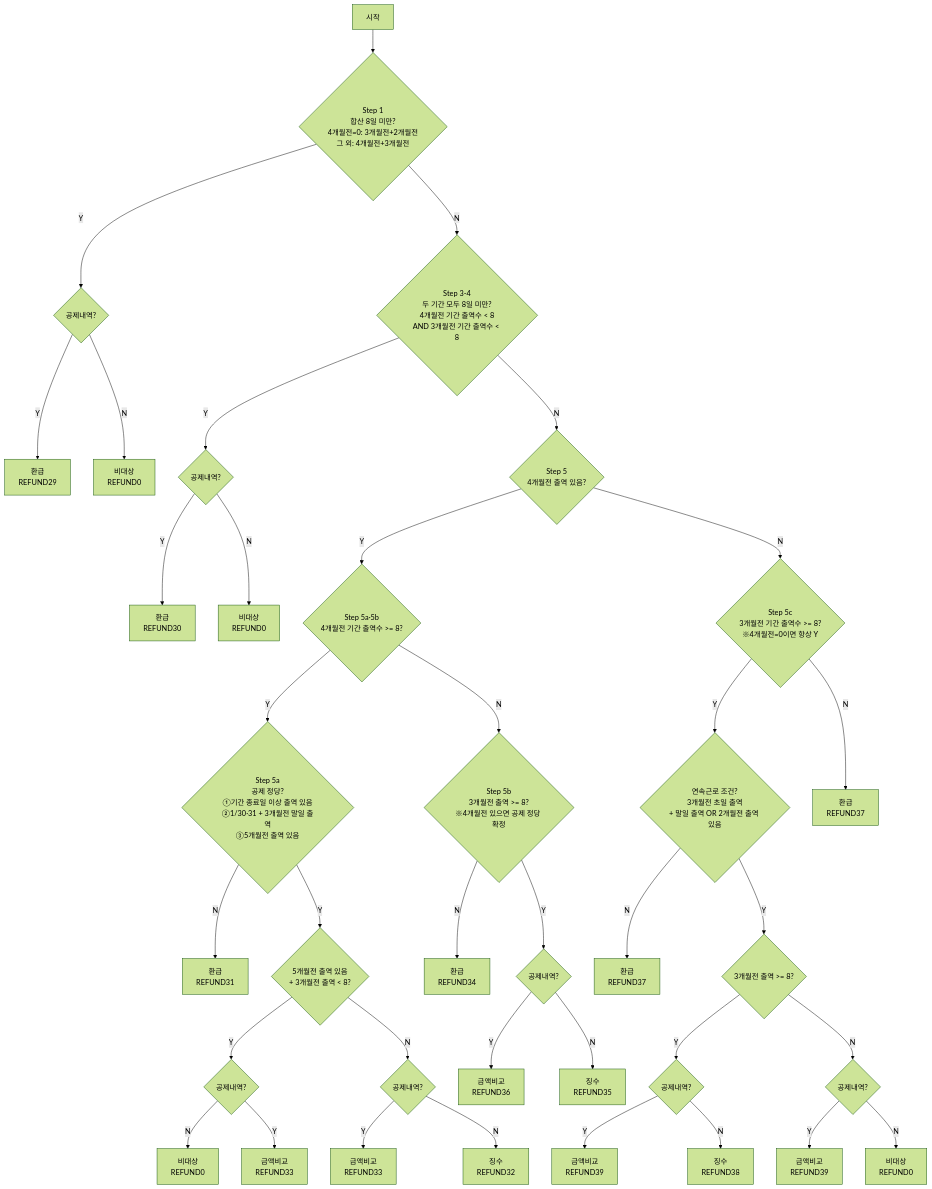
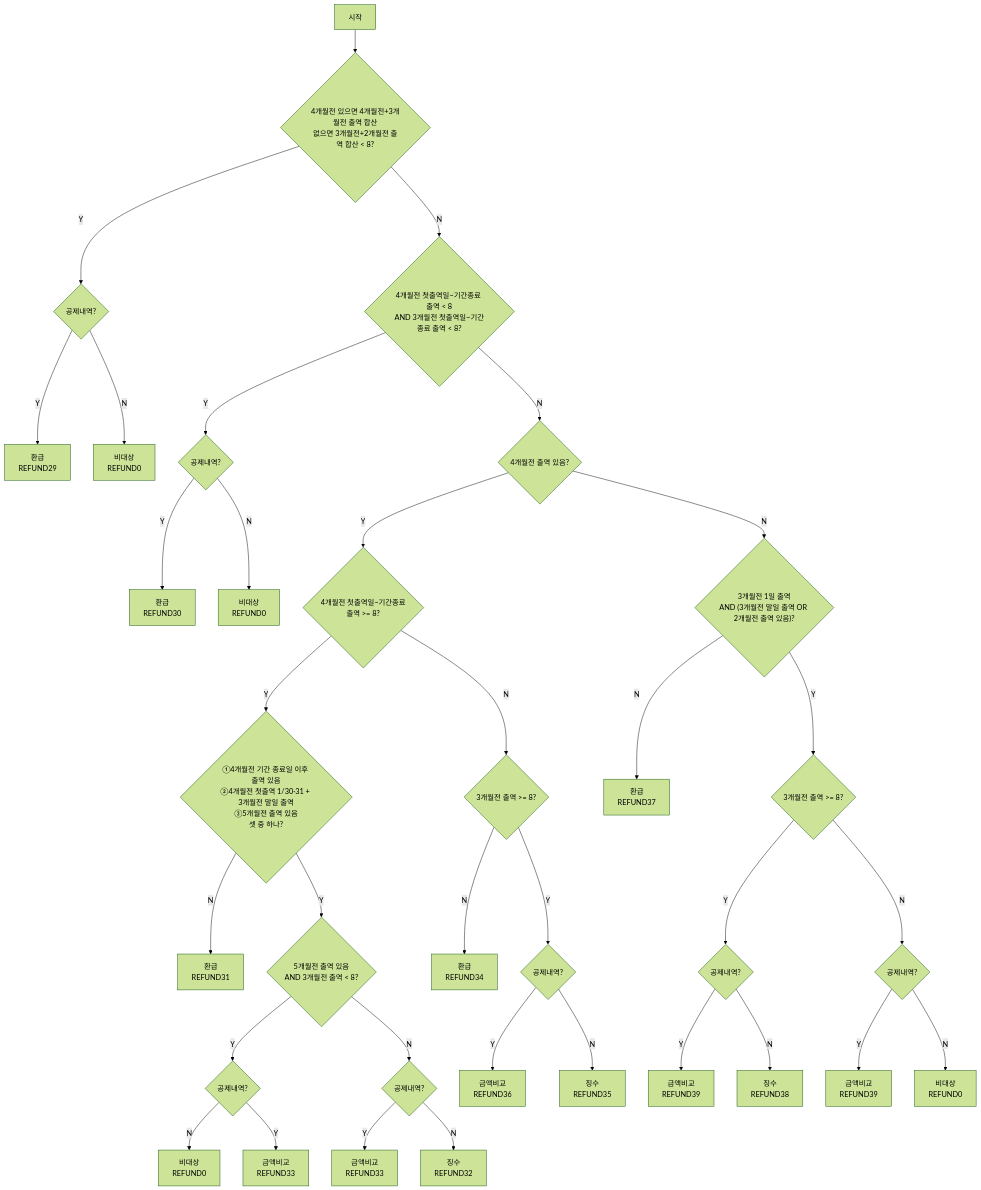
Before and after one commit to Qndtl/calendar: the second of 4 diagrams in docs/health-logic-flowcharts.md, drawn with Mermaid (forest theme). The commit also changed other lines of this file, not shown here.

Commit message:
건강보험 신규 환급 플로우 차트 수정

````diff
--- a/docs/health-logic-flowcharts.md
+++ b/docs/health-logic-flowcharts.md
@@ -85,46 +90,44 @@
 ```mermaid
 flowchart TD
     S[시작] --> A
 
-    A{"Step 1<br/>합산 8일 미만?<br/>4개월전=0: 3개월전+2개월전<br/>그 외: 4개월전+3개월전"}
+    A{"4개월전 있으면 4개월전+3개월전 출역 합산<br/>없으면 3개월전+2개월전 출역 합산 < 8?"}
     A -->|Y| A1{"공제내역?"}
     A1 -->|Y| REF29["환급<br/>REFUND29"]
     A1 -->|N| NORE0a["비대상<br/>REFUND0"]
 
-    A -->|N| B{"Step 3-4<br/>두 기간 모두 8일 미만?<br/>4개월전 기간 출역수 < 8<br/>AND 3개월전 기간 출역수 < 8"}
+    A -->|N| B{"4개월전 첫출역일~기간종료 출역 < 8<br/>AND 3개월전 첫출역일~기간종료 출역 < 8?"}
     B -->|Y| B1{"공제내역?"}
     B1 -->|Y| REF30["환급<br/>REFUND30"]
     B1 -->|N| NORE0b["비대상<br/>REFUND0"]
 
-    B -->|N| C{"Step 5<br/>4개월전 출역 있음?"}
+    B -->|N| C{"4개월전 출역 있음?"}
 
-    C -->|Y| D{"Step 5a·5b<br/>4개월전 기간 출역수 >= 8?"}
+    C -->|Y| D{"4개월전 첫출역일~기간종료<br/>출역 >= 8?"}
 
-    D -->|Y| D1{"Step 5a<br/>공제 정당?<br/>①기간 종료일 이상 출역 있음<br/>②1/30·31 + 3개월전 말일 출역<br/>③5개월전 출역 있음"}
+    D -->|Y| D1{"①4개월전 기간 종료일 이후 출역 있음<br/>②4개월전 첫출역 1/30·31 + 3개월전 말일 출역<br/>③5개월전 출역 있음<br/>셋 중 하나?"}
     D1 -->|N| REF31["환급<br/>REFUND31"]
-    D1 -->|Y| D2{"5개월전 출역 있음<br/>+ 3개월전 출역 < 8?"}
+    D1 -->|Y| D2{"5개월전 출역 있음<br/>AND 3개월전 출역 < 8?"}
     D2 -->|Y| D2a{"공제내역?"}
     D2a -->|N| NORE0c["비대상<br/>REFUND0"]
     D2a -->|Y| AMT33a["금액비교<br/>REFUND33"]
     D2 -->|N| D3{"공제내역?"}
     D3 -->|Y| AMT33b["금액비교<br/>REFUND33"]
     D3 -->|N| DEDUCT32["징수<br/>REFUND32"]
 
-    D -->|N| E{"Step 5b<br/>3개월전 출역 >= 8?<br/>※4개월전 있으면 공제 정당 확정"}
+    D -->|N| E{"3개월전 출역 >= 8?"}
     E -->|N| REF34["환급<br/>REFUND34"]
     E -->|Y| E1{"공제내역?"}
     E1 -->|Y| AMT36["금액비교<br/>REFUND36"]
     E1 -->|N| DEDUCT35["징수<br/>REFUND35"]
 
-    C -->|N| F{"Step 5c<br/>3개월전 기간 출역수 >= 8?<br/>※4개월전=0이면 항상 Y"}
-    F -->|Y| F1{"연속근로 조건?<br/>3개월전 초일 출역<br/>+ 말일 출역 OR 2개월전 출역 있음"}
-    F1 -->|N| REF37a["환급<br/>REFUND37"]
+    C -->|N| F1{"3개월전 1일 출역<br/>AND (3개월전 말일 출역 OR 2개월전 출역 있음)?"}
+    F1 -->|N| REF37["환급<br/>REFUND37"]
     F1 -->|Y| F2{"3개월전 출역 >= 8?"}
     F2 -->|Y| F3{"공제내역?"}
     F3 -->|Y| AMT39a["금액비교<br/>REFUND39"]
     F3 -->|N| DEDUCT38["징수<br/>REFUND38"]
     F2 -->|N| F2a{"공제내역?"}
     F2a -->|Y| AMT39b["금액비교<br/>REFUND39"]
     F2a -->|N| NORE0d["비대상<br/>REFUND0"]
-    F -->|N| REF37b["환급<br/>REFUND37"]
 ```
````
